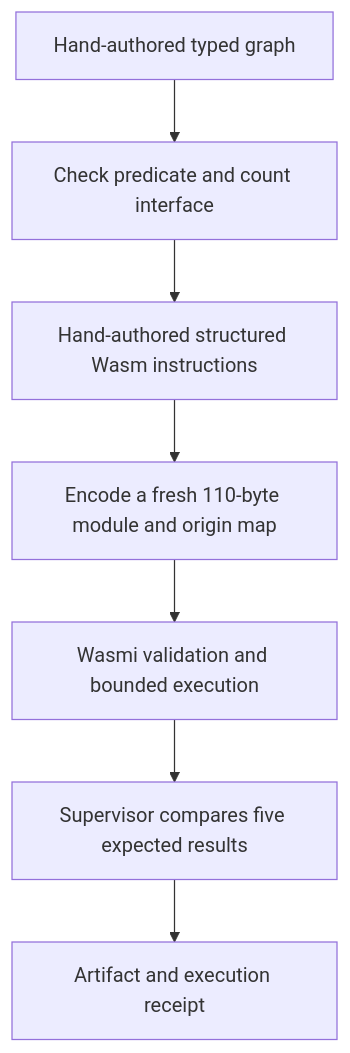
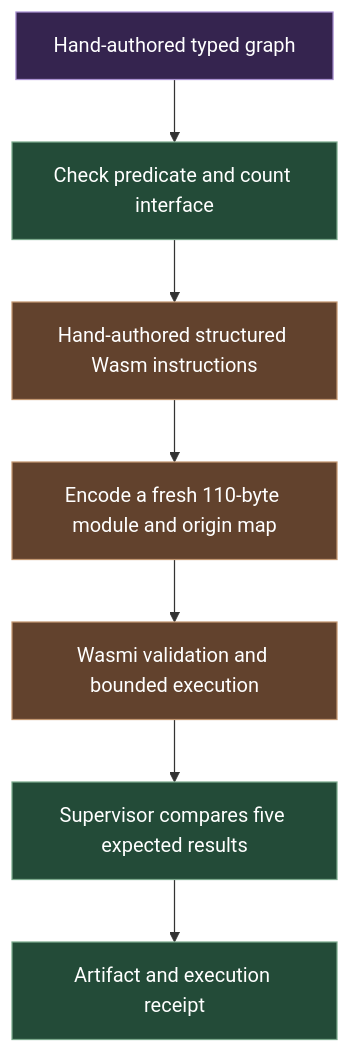
Before and after one commit to Kian-hdr/lore-demo: the fifth of 5 diagrams in docs/Architecture.md, drawn with Mermaid. The commit also changed other lines of this file and 7 other files, not shown here.

Commit message:
IND-317 visualize memory architecture and use numeric hierarchy codes

````diff
--- a/docs/Architecture.md
+++ b/docs/Architecture.md
@@ -102,9 +127,15 @@
 ```mermaid
 flowchart TD
     A["Hand-authored typed graph"] --> B["Check predicate and count interface"]
     B --> C["Hand-authored structured Wasm instructions"]
     C --> D["Encode a fresh 110-byte module and origin map"]
     D --> E["Wasmi validation and bounded execution"]
     E --> F["Supervisor compares five expected results"]
     F --> G["Artifact and execution receipt"]
+    classDef plan fill:#35244f,stroke:#aa91d2,color:#ffffff;
+    class A plan;
+    classDef check fill:#234b38,stroke:#7ba98c,color:#ffffff;
+    class B,F,G check;
+    classDef exec fill:#62422d,stroke:#c39770,color:#ffffff;
+    class C,D,E exec;
 ```
````
